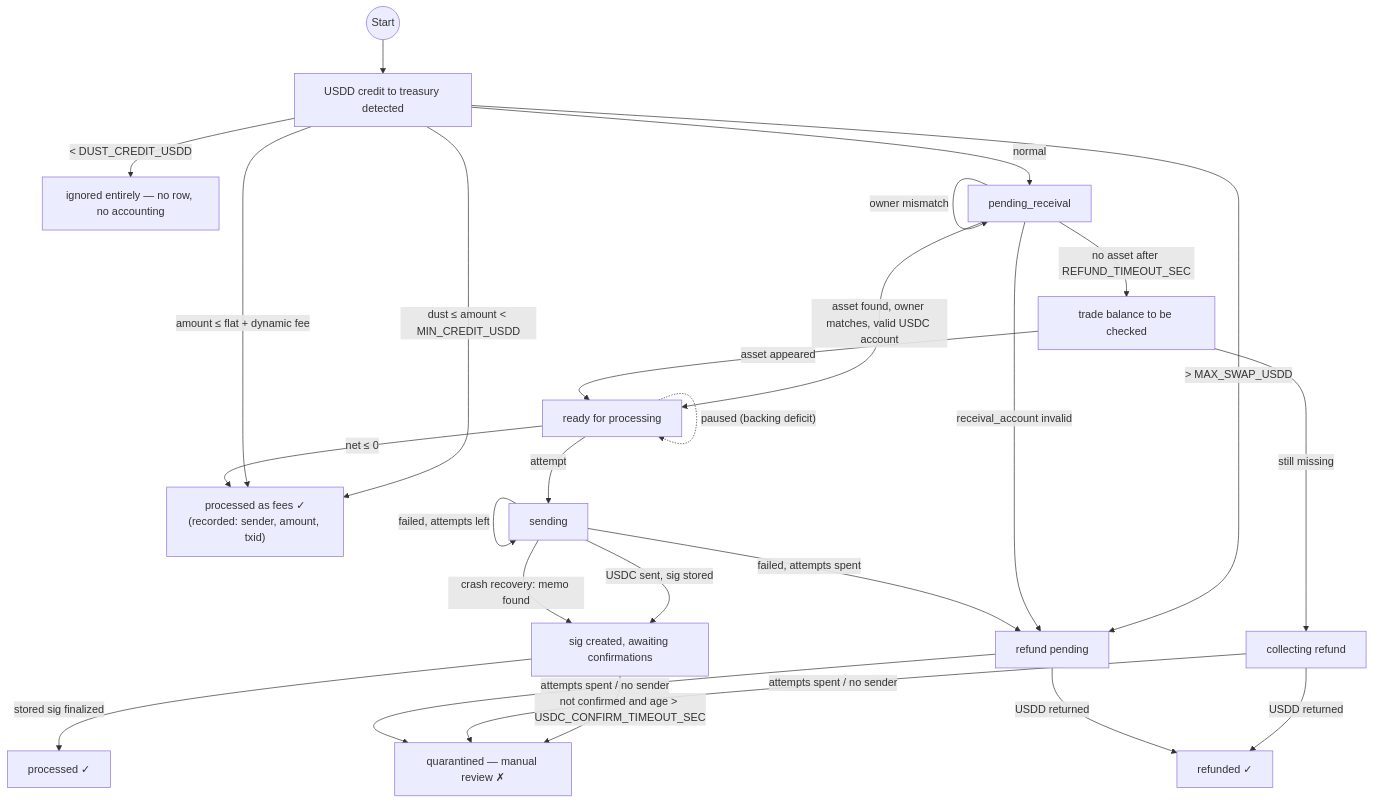
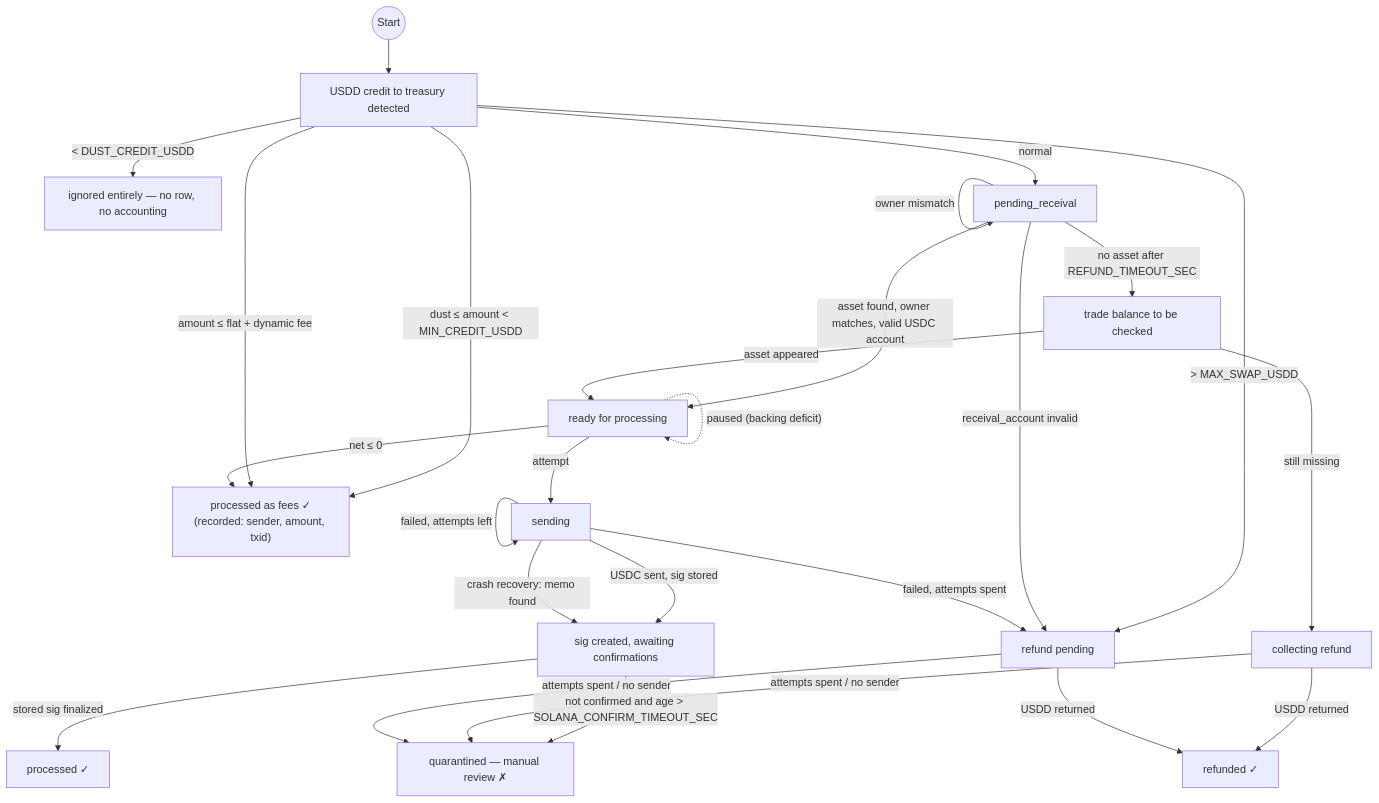
One commit to AkstonCap/swapService changed the second of 2 diagrams in STATE_MACHINES.md. Above: the diagram before and after it, drawn with Mermaid. The commit also changed other lines of this file and 25 other files, not shown here.

````diff
--- a/STATE_MACHINES.md
+++ b/STATE_MACHINES.md
@@ -77,36 +77,36 @@
 ```mermaid
 flowchart TD
     START((Start)) --> Credit[USDD credit to treasury detected]
 
     Credit -->|"< DUST_CREDIT_USDD"| Ignored["ignored entirely — no row, no accounting"]
     Credit -->|"dust ≤ amount < MIN_CREDIT_USDD"| FeesRecorded["processed as fees ✓<br/>(recorded: sender, amount, txid)"]
     Credit -->|"amount ≤ flat + dynamic fee"| FeesRecorded
     Credit -->|"> MAX_SWAP_USDD"| RefundPending["refund pending"]
     Credit -->|normal| Pending["pending_receival"]
 
     Pending -->|"asset found, owner matches, valid USDC account"| Ready["ready for processing"]
     Pending -->|owner mismatch| Pending
     Pending -->|"receival_account invalid"| RefundPending
     Pending -->|"no asset after REFUND_TIMEOUT_SEC"| TradeBal["trade balance to be checked"]
 
     Ready -->|"vault cannot cover payout"| Ready
     Ready -->|"net ≤ 0"| FeesRecorded
     Ready -->|attempt| Sending["sending"]
     Ready -.->|"paused (backing deficit)"| Ready
 
     Sending -->|"USDC sent, sig stored"| Awaiting["sig created, awaiting confirmations"]
     Sending -->|"failed, attempts left"| Sending
     Sending -->|"failed, attempts spent"| RefundPending
     Sending -->|"crash recovery: memo found"| Awaiting
 
     Awaiting -->|"stored sig finalized"| Processed["processed ✓"]
-    Awaiting -->|"not confirmed and age > USDC_CONFIRM_TIMEOUT_SEC"| Quarantined["quarantined — manual review ✗"]
+    Awaiting -->|"not confirmed and age > SOLANA_CONFIRM_TIMEOUT_SEC"| Quarantined["quarantined — manual review ✗"]
 
     TradeBal -->|asset appeared| Ready
     TradeBal -->|still missing| Collecting["collecting refund"]
 
     Collecting -->|USDD returned| Refunded["refunded ✓"]
     Collecting -->|"attempts spent / no sender"| Quarantined
     RefundPending -->|USDD returned| Refunded
     RefundPending -->|"attempts spent / no sender"| Quarantined
 ```
````
